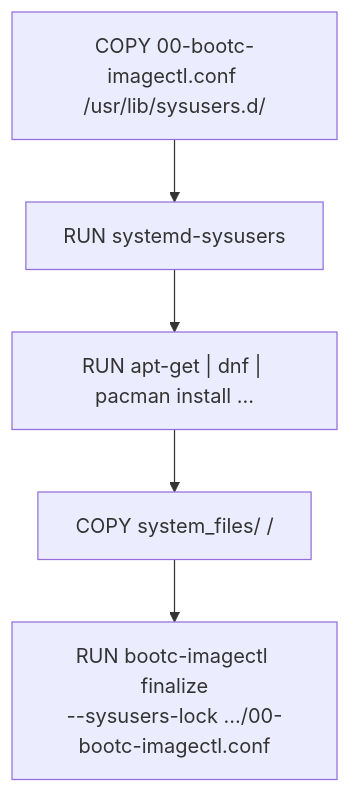
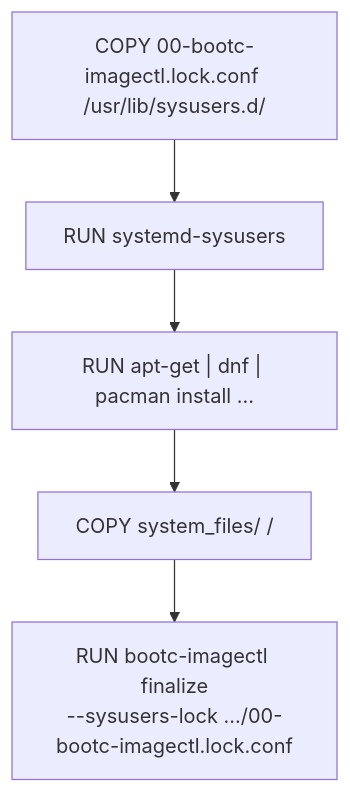
Before and after one commit to yeetypete/bootc-imagectl: the diagram in docs/src/users-and-groups.md, drawn with Mermaid. The commit also changed other lines of this file and 13 other files, not shown here.

````diff
--- a/docs/src/users-and-groups.md
+++ b/docs/src/users-and-groups.md
@@ -128,8 +128,8 @@
 ```mermaid
 flowchart TD
-    A["COPY 00-bootc-imagectl.conf /usr/lib/sysusers.d/"] --> B["RUN systemd-sysusers"]
+    A["COPY 00-bootc-imagectl.lock.conf /usr/lib/sysusers.d/"] --> B["RUN systemd-sysusers"]
     B --> C["RUN apt-get | dnf | pacman install ..."]
     C --> D["COPY system_files/ /"]
     D --> E
-    E["RUN bootc-imagectl finalize<br>--sysusers-lock .../00-bootc-imagectl.conf"]
+    E["RUN bootc-imagectl finalize<br>--sysusers-lock .../00-bootc-imagectl.lock.conf"]
 ```
````
